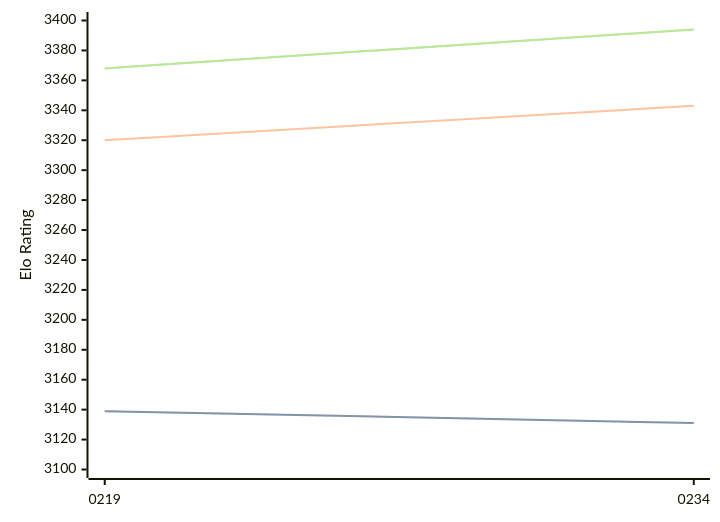
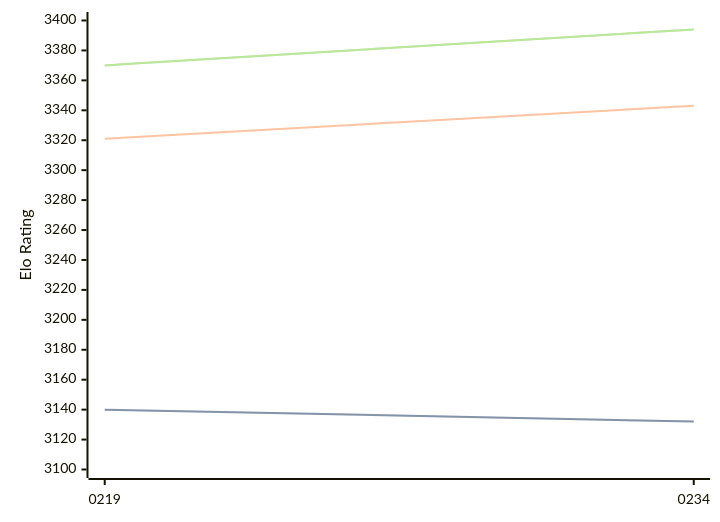
The diagram in engines/Ynode.md (computer-chess-index/cci), drawn with Mermaid before and after one commit. The commit also changed other lines of this file, not shown here.

Commit message:
Update CCI Ratings (ELO VLTC) - 2026-08-26

````diff
--- a/engines/Ynode.md
+++ b/engines/Ynode.md
@@ -32,11 +32,11 @@
 ```mermaid
 %%{init: {"theme":"base","themeVariables":{"seriesColors:['#a3a3a3','#222221','#faa371']}}}%%
 xychart-beta
   x-axis ["0219", "0234"]
   y-axis "Elo Rating" 3100 --> 3400
-  line "STC (8.0+0.08s)" [3139, 3131]
-  line "STC (8.0+0.08s)" [3139, 3131]
-  line "LTC (60.0+0.60s)" [3320, 3343]
-  line "VLTC (2m24s+1.12s)" [3368, 3394]
-  line "VLTC (2m24s+1.12s)" [3368, 3394]
+  line "STC (8.0+0.08s)" [3140, 3132]
+  line "STC (8.0+0.08s)" [3140, 3132]
+  line "LTC (60.0+0.60s)" [3321, 3343]
+  line "VLTC (2m24s+1.12s)" [3370, 3394]
+  line "VLTC (2m24s+1.12s)" [3370, 3394]
 ```
````
